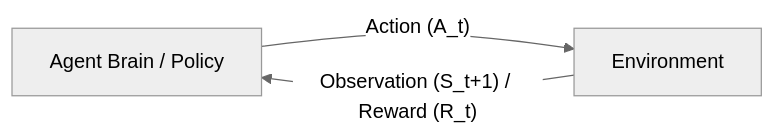
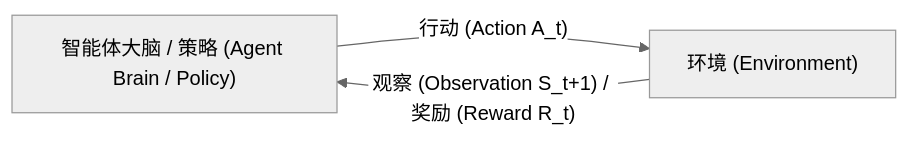
Before and after one commit to yeasy/agentic_ai_guide: the first of 2 diagrams in 01_paradigm/1.2_theory.md, drawn with Mermaid (neutral theme). The commit also changed other lines of this file and 75 other files, not shown here.

````diff
--- a/01_paradigm/1.2_theory.md
+++ b/01_paradigm/1.2_theory.md
@@ -18,5 +18,5 @@
 ```mermaid
 graph LR
-    Agent["Agent Brain / Policy"] -- "Action (A_t)" --> Env["Environment"]
-    Env -- "Observation (S_t+1) / Reward (R_t)" --> Agent
+    Agent["智能体大脑 / 策略 (Agent Brain / Policy)"] -- "行动 (Action A_t)" --> Env["环境 (Environment)"]
+    Env -- "观察 (Observation S_t+1) / 奖励 (Reward R_t)" --> Agent
 ```
````
